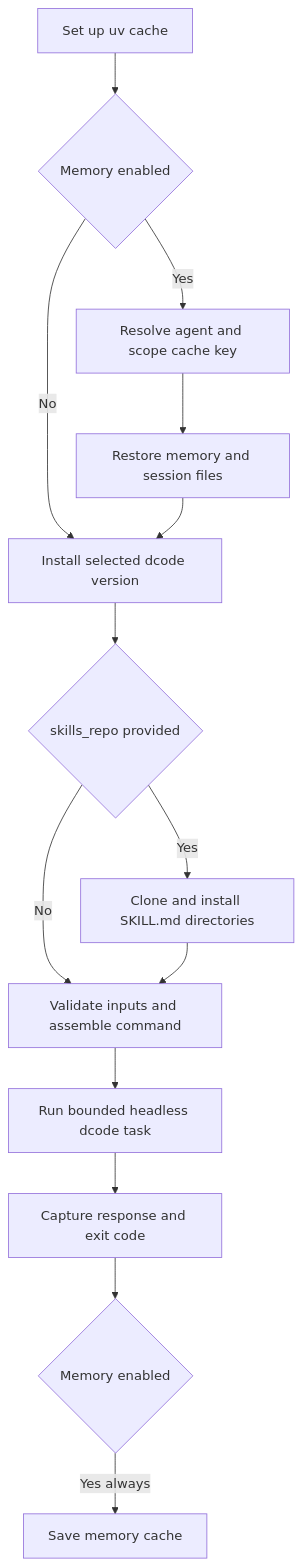
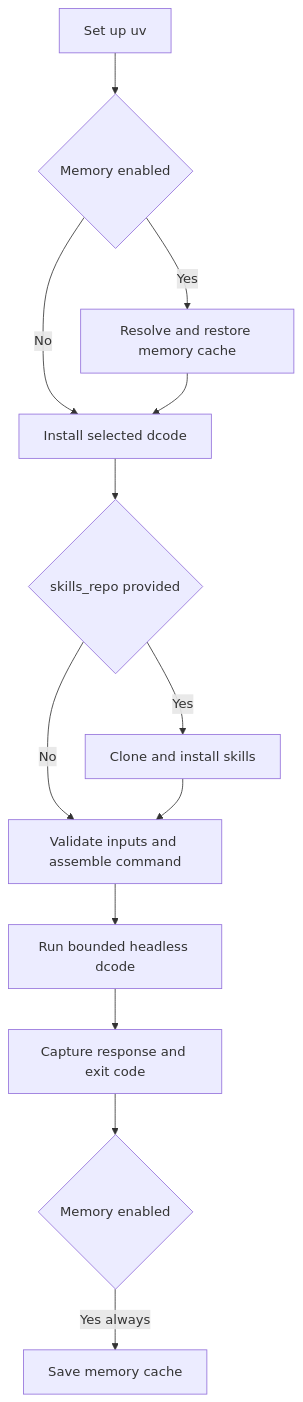
The diagram in openwiki/integrations/github-action.md (langchain-ai/deepagents), drawn with Mermaid before and after one commit. The commit also changed other lines of this file and 63 other files, not shown here.

````diff
--- a/openwiki/integrations/github-action.md
+++ b/openwiki/integrations/github-action.md
@@ -80,16 +65,15 @@
 ```mermaid
 flowchart TD
-    Setup["Set up uv cache"] --> Memory{"Memory enabled"}
-    Memory -->|"Yes"| CacheKey["Resolve agent and scope cache key"]
-    CacheKey --> Restore["Restore memory and session files"]
-    Memory -->|"No"| Install["Install selected dcode version"]
+    Setup["Set up uv"] --> Memory{"Memory enabled"}
+    Memory -->|"Yes"| Restore["Resolve and restore memory cache"]
+    Memory -->|"No"| Install["Install selected dcode"]
     Restore --> Install
-    Install --> SkillSource{"skills_repo provided"}
-    SkillSource -->|"Yes"| Clone["Clone and install SKILL.md directories"]
-    SkillSource -->|"No"| Build["Validate inputs and assemble command"]
+    Install --> Skills{"skills_repo provided"}
+    Skills -->|"Yes"| Clone["Clone and install skills"]
+    Skills -->|"No"| Build["Validate inputs and assemble command"]
     Clone --> Build
-    Build --> Execute["Run bounded headless dcode task"]
+    Build --> Execute["Run bounded headless dcode"]
     Execute --> Publish["Capture response and exit code"]
     Publish --> Save{"Memory enabled"}
     Save -->|"Yes always"| Persist["Save memory cache"]
 ```
````
